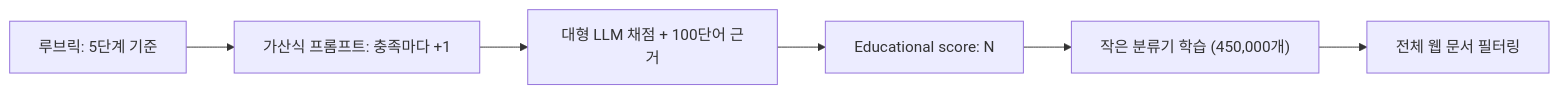
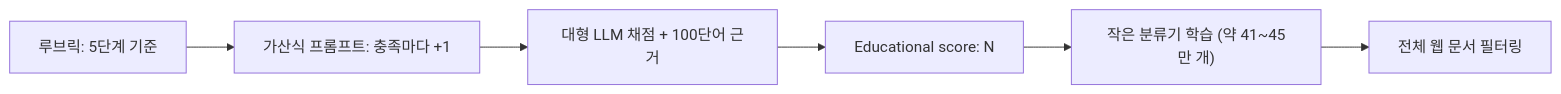
Before and after one commit to wjdgks7178/ai-mindmap: the first of 2 diagrams in articles/rubric-to-prompt.md, drawn with Mermaid. The commit also changed other lines of this file and 3 other files, not shown here.

````diff
--- a/articles/rubric-to-prompt.md
+++ b/articles/rubric-to-prompt.md
@@ -24,5 +24,5 @@
 ```mermaid
 flowchart LR
   R["루브릭: 5단계 기준"] --> P["가산식 프롬프트: 충족마다 +1"] --> L["대형 LLM 채점 + 100단어 근거"] --> S["Educational score: N"]
-  S --> C["작은 분류기 학습 (450,000개)"] --> F["전체 웹 문서 필터링"]
+  S --> C["작은 분류기 학습 (약 41~45만 개)"] --> F["전체 웹 문서 필터링"]
 ```
````
